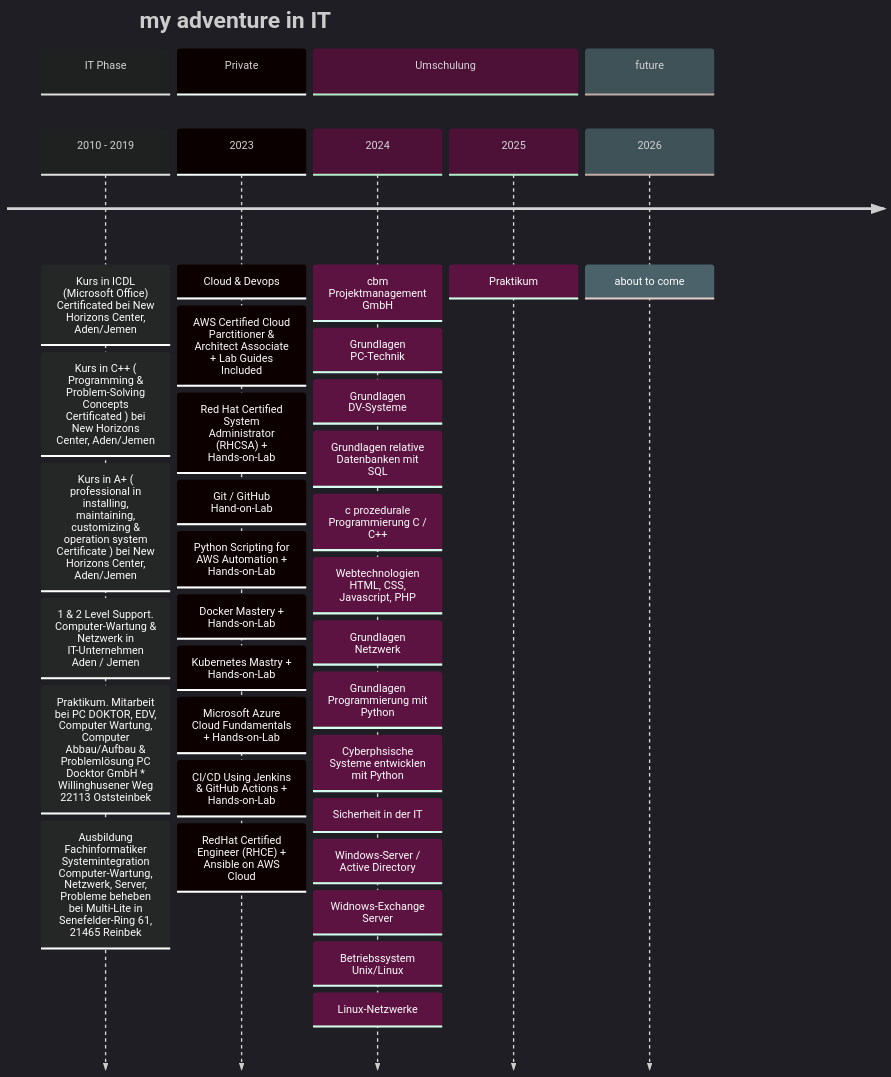
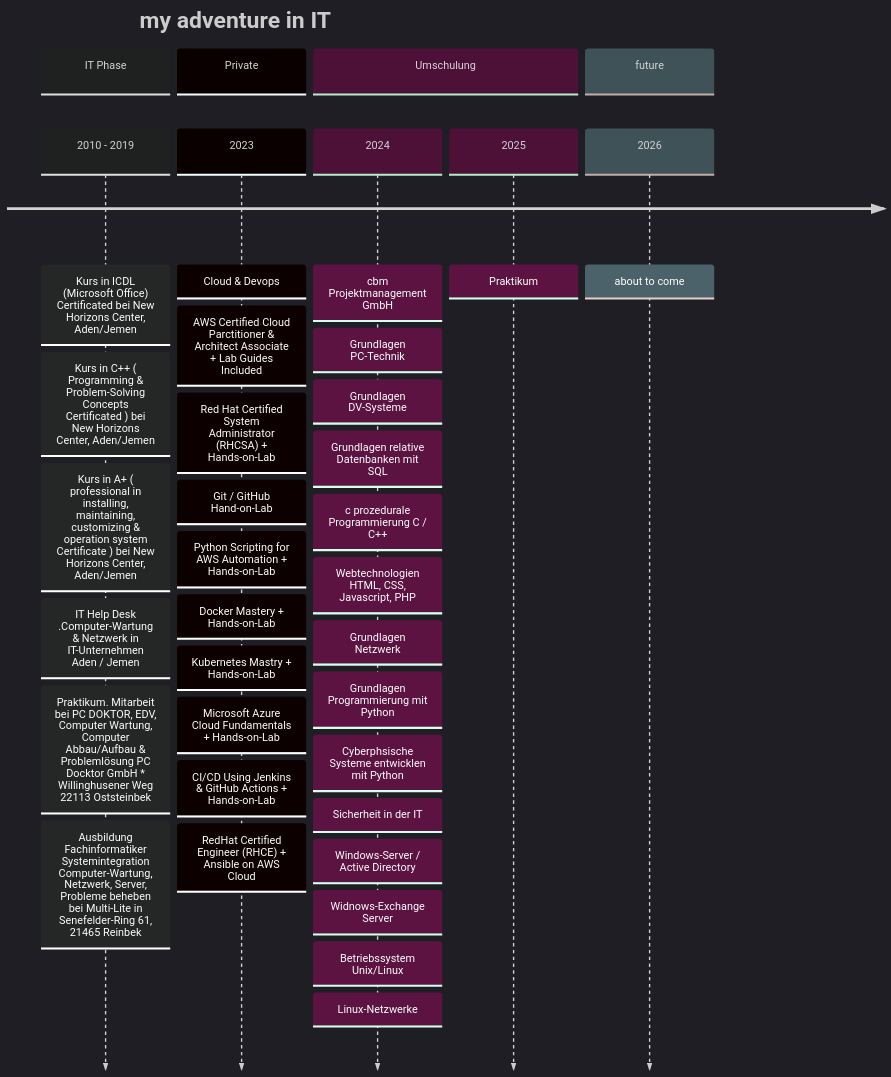
Before and after one commit to DevOpsCloudOm4r/DevOpsCloudOm4r: the second of 2 diagrams in readme.md, drawn with Mermaid.

Commit message:
readme.md

````diff
--- a/readme.md
+++ b/readme.md
@@ -30,42 +30,42 @@
 ```mermaid
 %%{init: { 'logLevel': 'debug', 'theme': 'dark' } }%%
 timeline
     title my adventure in IT 
      section  IT Phase
      2010 - 2019
       : Kurs in ICDL (Microsoft Office) Certificated bei New Horizons Center, Aden/Jemen
       : Kurs in C++ ( Programming & Problem-Solving Concepts Certificated ) bei New Horizons Center, Aden/Jemen
       : Kurs in A+ ( professional in installing, maintaining, customizing & operation system Certificate ) bei New Horizons Center, Aden/Jemen
-      : 1 & 2 Level Support. Computer-Wartung & Netzwerk in IT-Unternehmen Aden / Jemen
+      : IT Help Desk .Computer-Wartung & Netzwerk in IT-Unternehmen Aden / Jemen
       : Praktikum. Mitarbeit bei PC DOKTOR, EDV, Computer Wartung, Computer Abbau/Aufbau & Problemlösung PC Docktor GmbH * Willinghusener Weg 22113 Oststeinbek
       : Ausbildung Fachinformatiker Systemintegration Computer-Wartung, Netzwerk, Server, Probleme beheben bei Multi-Lite in Senefelder-Ring 61, 21465 Reinbek
     section Private
     2023: Cloud & Devops
       : AWS Certified Cloud Parctitioner & Architect Associate + Lab Guides Included
       : Red Hat Certified System Administrator (RHCSA) + Hands-on-Lab
       : Git / GitHub  Hand-on-Lab
       : Python Scripting for AWS Automation + Hands-on-Lab
       : Docker Mastery + Hands-on-Lab
       : Kubernetes Mastry + Hands-on-Lab
       : Microsoft Azure Cloud Fundamentals + Hands-on-Lab
       : CI/CD Using Jenkins & GitHub Actions + Hands-on-Lab
       : RedHat Certified Engineer (RHCE) + Ansible on AWS Cloud
     section Umschulung 
       2024: cbm Projektmanagement GmbH
           : Grundlagen PC-Technik
           : Grundlagen DV-Systeme
           : Grundlagen relative Datenbanken mit SQL
           : c prozedurale Programmierung C / C++
           : Webtechnologien HTML, CSS, Javascript, PHP
           : Grundlagen Netzwerk
           : Grundlagen Programmierung mit Python
           : Cyberphsische Systeme entwicklen mit Python
           : Sicherheit in der IT
           : Windows-Server / Active Directory
           : Widnows-Exchange Server
           : Betriebssystem Unix/Linux
           : Linux-Netzwerke
       2025: Praktikum
     section future
       2026: about to come
 ```
````
